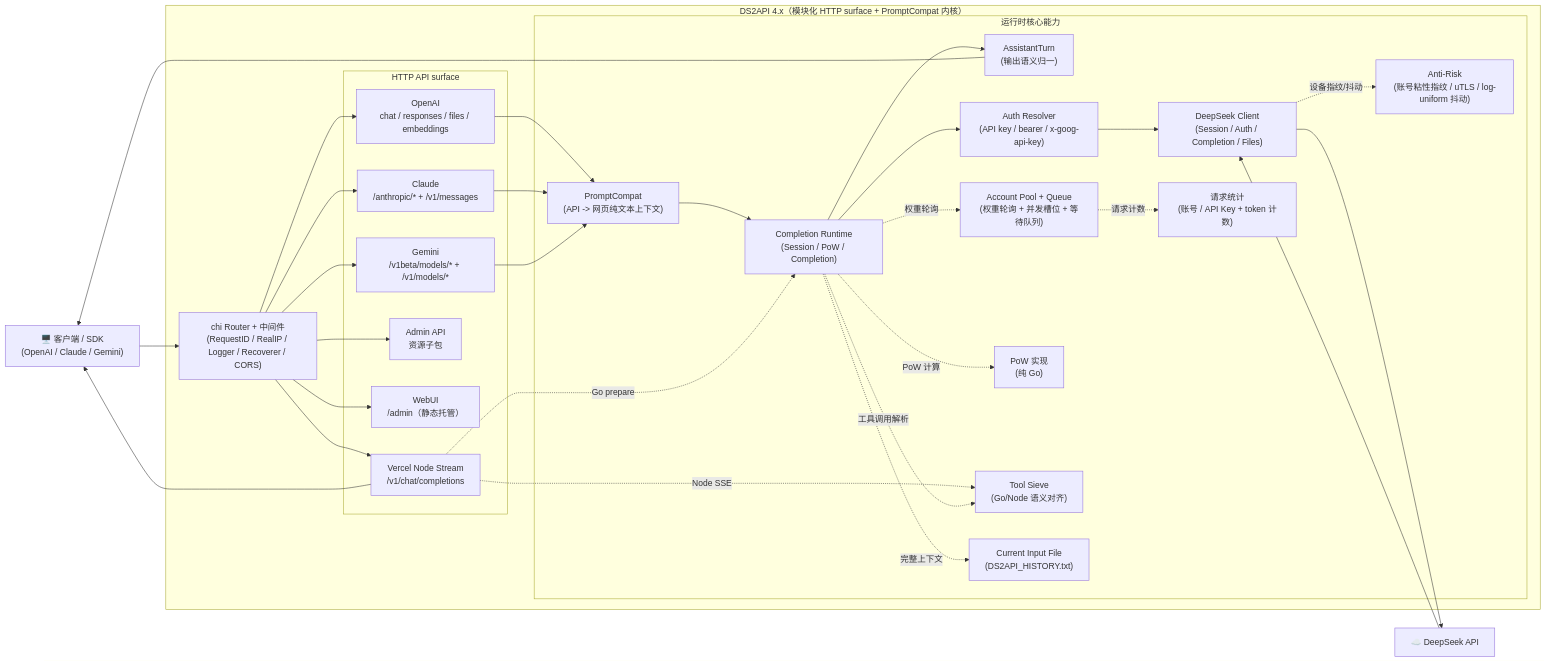
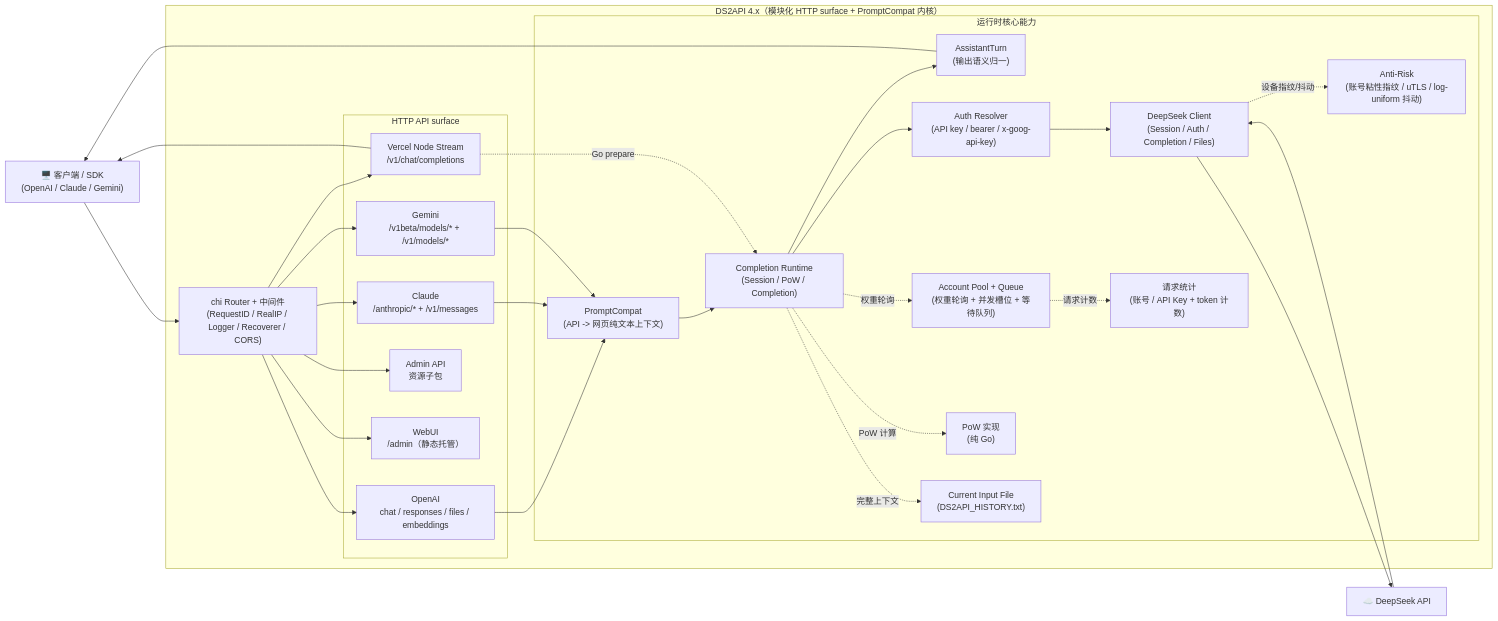
One commit to qing1189/ds2api changed the diagram in README.MD. Above: the diagram before and after it, drawn with Mermaid. The commit also changed other lines of this file and 95 other files, not shown here.

````diff
--- a/README.MD
+++ b/README.MD
@@ -70,57 +69,54 @@
 ```mermaid
 flowchart LR
     Client["🖥️ 客户端 / SDK\n(OpenAI / Claude / Gemini)"]
     Upstream["☁️ DeepSeek API"]
 
     subgraph DS2API["DS2API 4.x（模块化 HTTP surface + PromptCompat 内核）"]
         Router["chi Router + 中间件\n(RequestID / RealIP / Logger / Recoverer / CORS)"]
 
         subgraph HTTP["HTTP API surface"]
             OA["OpenAI\nchat / responses / files / embeddings"]
             CA["Claude\n/anthropic/* + /v1/messages"]
             GA["Gemini\n/v1beta/models/* + /v1/models/*"]
             Admin["Admin API\n资源子包"]
             WebUI["WebUI\n/admin（静态托管）"]
             Vercel["Vercel Node Stream\n/v1/chat/completions"]
         end
 
         subgraph Runtime["运行时核心能力"]
             Compat["PromptCompat\n(API -> 网页纯文本上下文)"]
             Completion["Completion Runtime\n(Session / PoW / Completion)"]
             Turn["AssistantTurn\n(输出语义归一)"]
             Auth["Auth Resolver\n(API key / bearer / x-goog-api-key)"]
             Pool["Account Pool + Queue\n(权重轮询 + 并发槽位 + 等待队列)"]
             DSClient["DeepSeek Client\n(Session / Auth / Completion / Files)"]
             Pow["PoW 实现\n(纯 Go)"]
-            Tool["Tool Sieve\n(Go/Node 语义对齐)"]
             History["Current Input File\n(DS2API_HISTORY.txt)"]
             Risk["Anti-Risk\n(账号粘性指纹 / uTLS / log-uniform 抖动)"]
             Stats["请求统计\n(账号 / API Key + token 计数)"]
         end
     end
 
     Client --> Router
     Router --> OA & CA & GA
     Router --> Admin
     Router --> WebUI
     Router --> Vercel
 
     OA --> Compat
     CA & GA --> Compat
     Compat --> Completion
     Completion -.完整上下文.-> History
     Completion --> Turn
     Vercel -.Go prepare.-> Completion
-    Vercel -.Node SSE.-> Tool
     Completion --> Auth
     Completion -.权重轮询.-> Pool
-    Completion -.工具调用解析.-> Tool
     Completion -.PoW 计算.-> Pow
     Pool -.请求计数.-> Stats
     Auth --> DSClient
     DSClient -.设备指纹/抖动.-> Risk
     DSClient --> Upstream
     Upstream --> DSClient
     Turn --> Client
     Vercel --> Client
 ```
````
